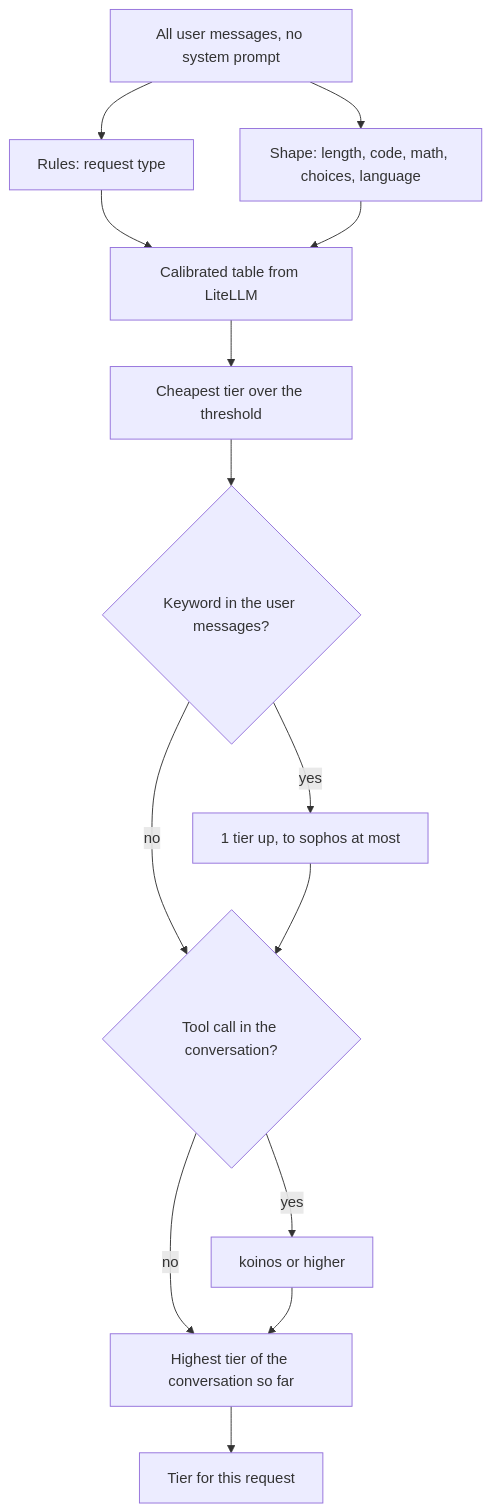
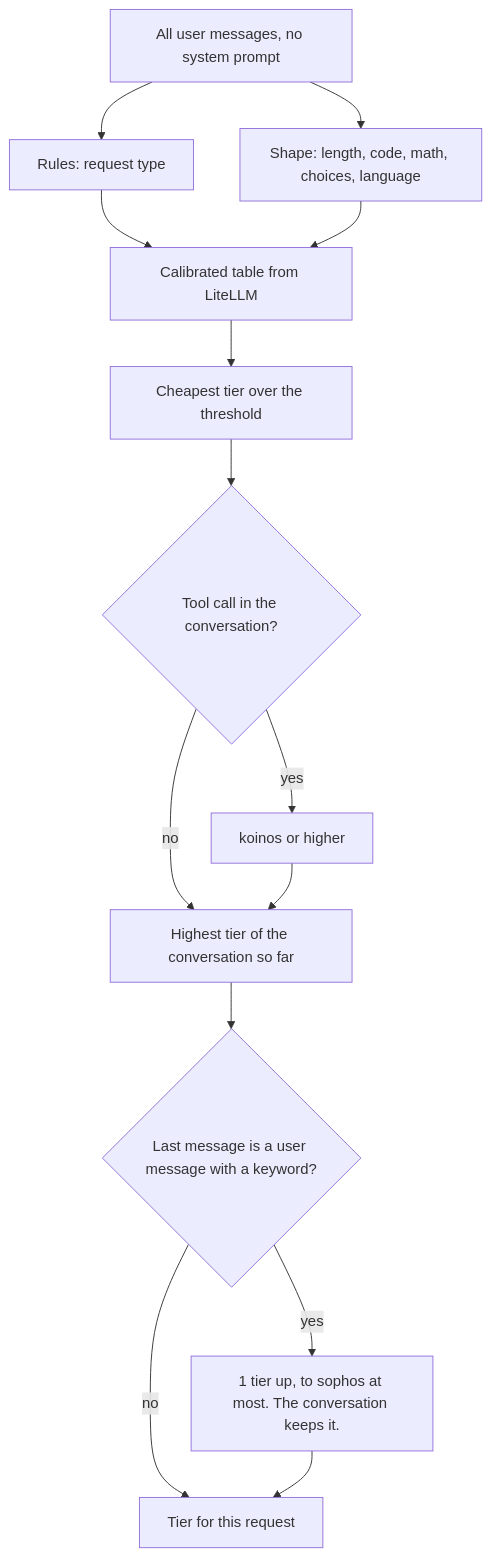
Before and after one commit to nemoe7/daedalus: the second of 5 diagrams in docs/architecture.md, drawn with Mermaid. The commit also changed other lines of this file and 4 other files, not shown here.

Commit message:
feat(api): let a keyword in the last user message raise the session tier

````diff
--- a/docs/architecture.md
+++ b/docs/architecture.md
@@ -43,16 +43,16 @@
 ```mermaid
 flowchart TD
   U[All user messages, no system prompt] --> R[Rules: request type]
   U --> K[Shape: length, code, math, choices, language]
   R --> AR[Calibrated table from LiteLLM]
   K --> AR
   AR --> T1[Cheapest tier over the threshold]
-  T1 --> KW{Keyword in the user messages?}
-  KW -->|yes| UP[1 tier up, to sophos at most]
-  KW -->|no| TF
-  UP --> TF{Tool call in the conversation?}
+  T1 --> TF{Tool call in the conversation?}
   TF -->|yes| KF[koinos or higher]
   TF -->|no| HT
   KF --> HT[Highest tier of the conversation so far]
-  HT --> T[Tier for this request]
+  HT --> KW{Last message is a user message with a keyword?}
+  KW -->|yes| UP[1 tier up, to sophos at most. The conversation keeps it.]
+  KW -->|no| T
+  UP --> T[Tier for this request]
 ```
````
